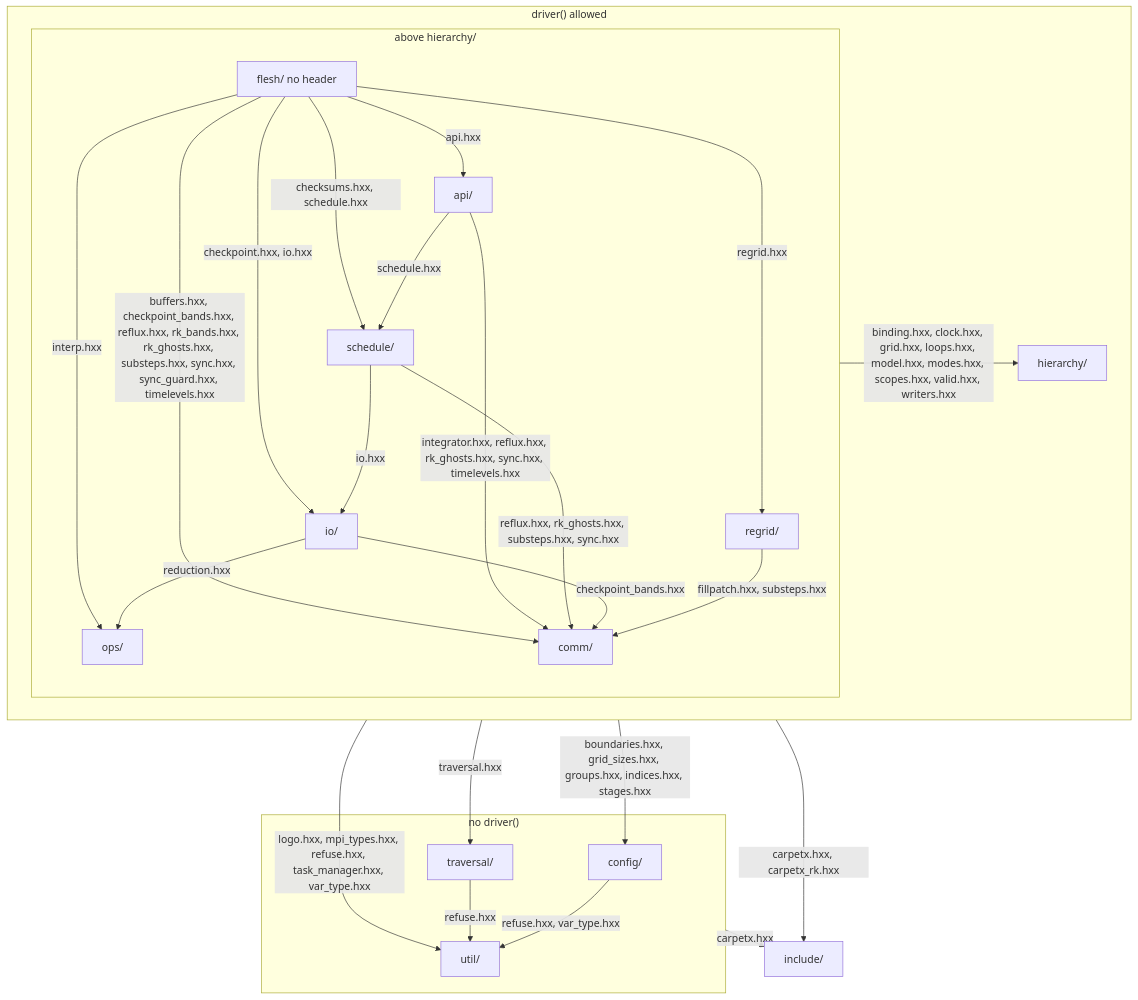
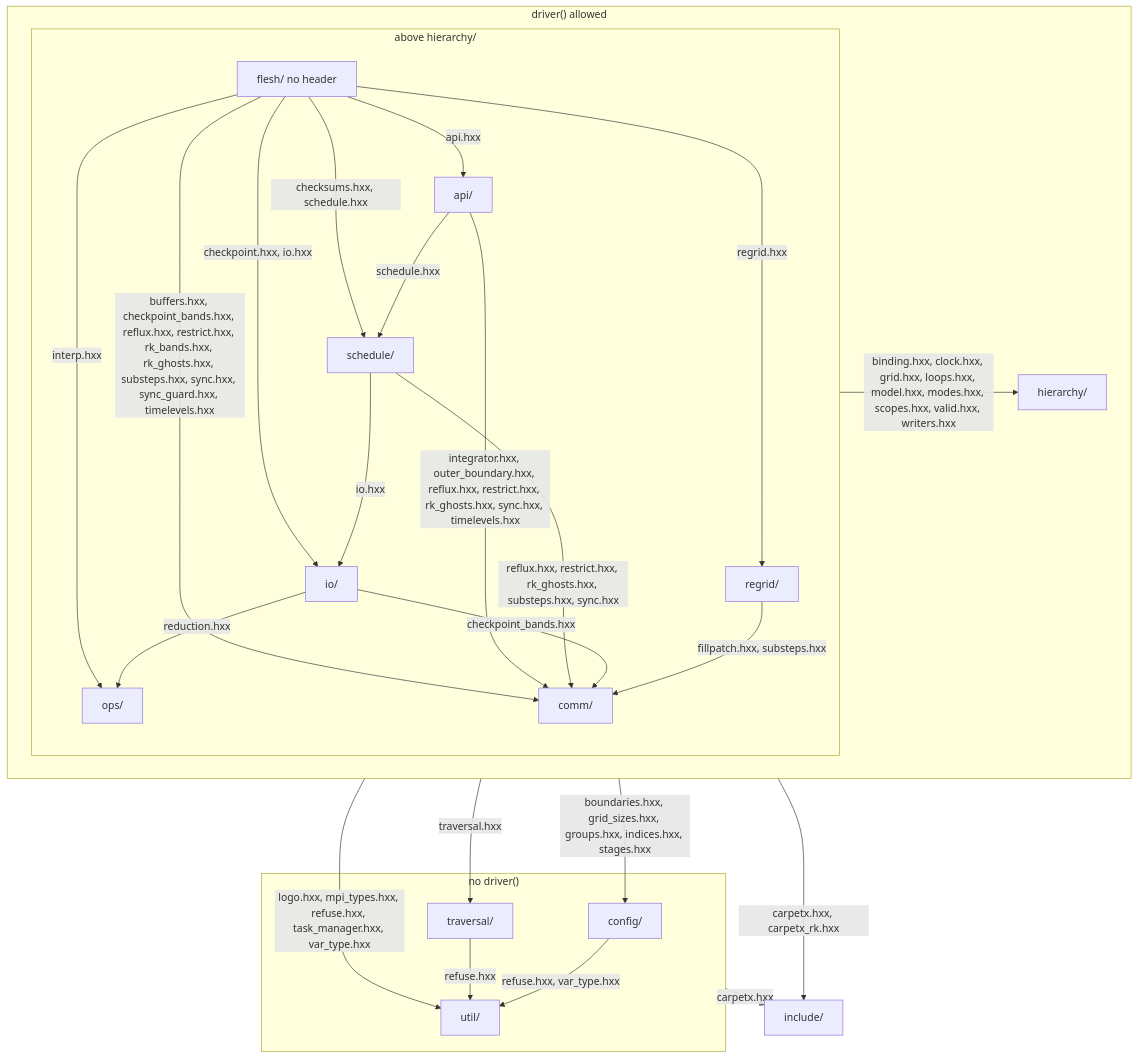
One commit to lwJi/CarpetX changed the first of 3 diagrams in agent_docs/carpetx-internals.md. Above: the diagram before and after it, drawn with Mermaid. The commit also changed 11 other files, not shown here.

First line of the commit message:
CarpetX: outer_boundary and restrict leave comm/sync

````diff
--- a/agent_docs/carpetx-internals.md
+++ b/agent_docs/carpetx-internals.md
@@ -7,42 +7,42 @@
 ```mermaid
 flowchart TB
   subgraph door["driver() allowed"]
     subgraph above["above hierarchy/"]
       flesh["flesh/ no header"]
       api["api/"]
       schedule["schedule/"]
       io["io/"]
       ops["ops/"]
       regrid["regrid/"]
       comm["comm/"]
     end
     hierarchy["hierarchy/"]
   end
   subgraph nodoor["no driver()"]
     config["config/"]
     traversal["traversal/"]
     util["util/"]
   end
   include["include/"]
   flesh -- "api.hxx" --> api
   flesh -- "checksums.hxx, schedule.hxx" --> schedule
   flesh -- "checkpoint.hxx, io.hxx" --> io
   flesh -- "interp.hxx" --> ops
   flesh -- "regrid.hxx" --> regrid
-  flesh -- "buffers.hxx, checkpoint_bands.hxx, reflux.hxx, rk_bands.hxx, rk_ghosts.hxx, substeps.hxx, sync.hxx, sync_guard.hxx, timelevels.hxx" --> comm
+  flesh -- "buffers.hxx, checkpoint_bands.hxx, reflux.hxx, restrict.hxx, rk_bands.hxx, rk_ghosts.hxx, substeps.hxx, sync.hxx, sync_guard.hxx, timelevels.hxx" --> comm
   api -- "schedule.hxx" --> schedule
-  api -- "integrator.hxx, reflux.hxx, rk_ghosts.hxx, sync.hxx, timelevels.hxx" --> comm
+  api -- "integrator.hxx, outer_boundary.hxx, reflux.hxx, restrict.hxx, rk_ghosts.hxx, sync.hxx, timelevels.hxx" --> comm
   schedule -- "io.hxx" --> io
-  schedule -- "reflux.hxx, rk_ghosts.hxx, substeps.hxx, sync.hxx" --> comm
+  schedule -- "reflux.hxx, restrict.hxx, rk_ghosts.hxx, substeps.hxx, sync.hxx" --> comm
   io -- "reduction.hxx" --> ops
   io -- "checkpoint_bands.hxx" --> comm
   regrid -- "fillpatch.hxx, substeps.hxx" --> comm
   config -- "refuse.hxx, var_type.hxx" --> util
   traversal -- "refuse.hxx" --> util
   above -- "binding.hxx, clock.hxx, grid.hxx, loops.hxx, model.hxx, modes.hxx, scopes.hxx, valid.hxx, writers.hxx" --> hierarchy
   door -- "boundaries.hxx, grid_sizes.hxx, groups.hxx, indices.hxx, stages.hxx" --> config
   door -- "traversal.hxx" --> traversal
   door -- "logo.hxx, mpi_types.hxx, refuse.hxx, task_manager.hxx, var_type.hxx" --> util
   door -- "carpetx.hxx, carpetx_rk.hxx" --> include
   nodoor -- "carpetx.hxx" --> include
 ```
````
